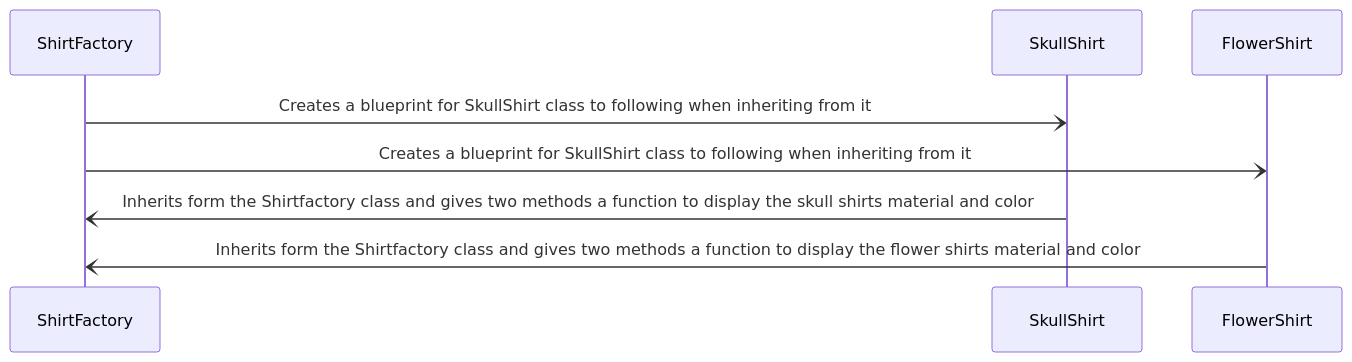
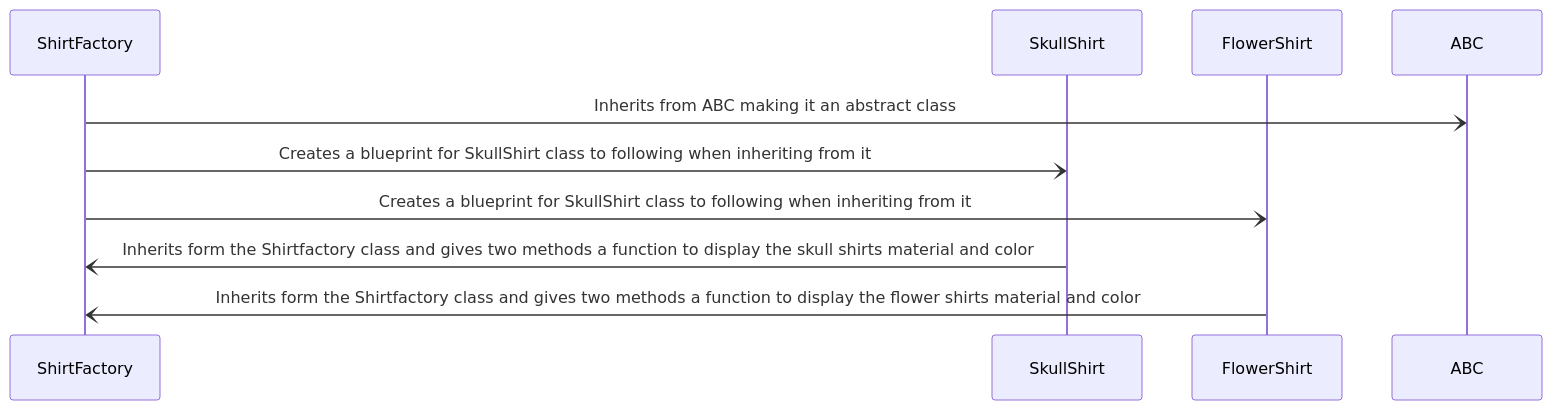
Before and after one commit to Alena-Alexander/Design-Pattern: the fourth of 4 diagrams in README_DESIGN_PATTERNS.md, drawn with Mermaid. The commit also changed other lines of this file, not shown here.

Commit message:
innit commit

````diff
--- a/README_DESIGN_PATTERNS.md
+++ b/README_DESIGN_PATTERNS.md
@@ -210,11 +212,13 @@
 ```mermaid
 sequenceDiagram
     participant ShirtFactory as ShirtFactory
     participant SkullShirt as SkullShirt
     participant FlowerShirt as FlowerShirt
+    participant ABC as ABC
     
+    ShirtFactory-)ABC: Inherits from ABC making it an abstract class
     ShirtFactory-)SkullShirt: Creates a blueprint for SkullShirt class to following when inheriting from it
     ShirtFactory-)FlowerShirt: Creates a blueprint for SkullShirt class to following when inheriting from it
     SkullShirt-)ShirtFactory: Inherits form the Shirtfactory class and gives two methods a function to display the skull shirts material and color
     FlowerShirt-)ShirtFactory: Inherits form the Shirtfactory class and gives two methods a function to display the flower shirts material and color
 ```
````
